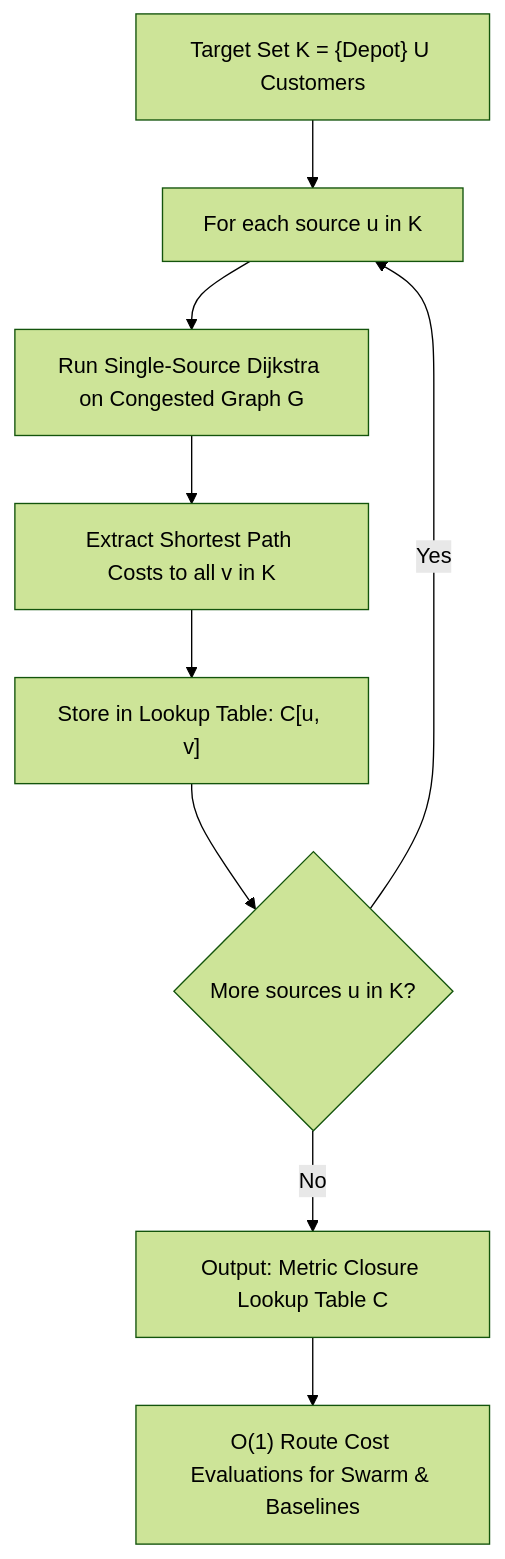
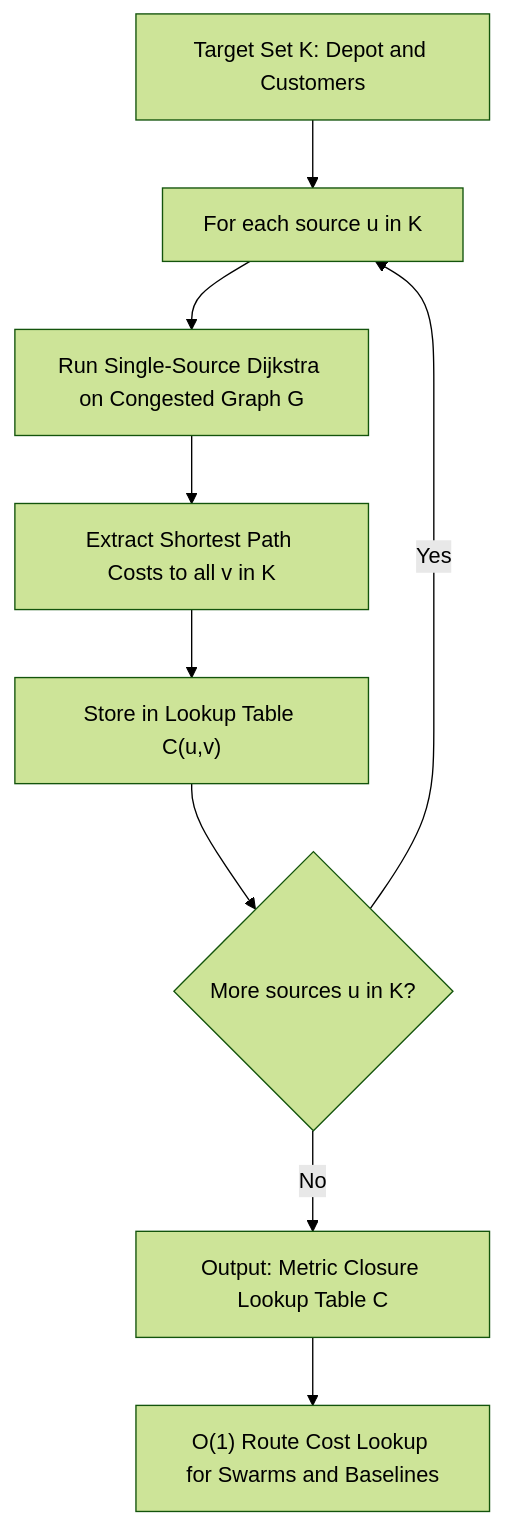
Before and after one commit to Santhosh-p653/egreen-quanta: the diagram in docs/algorithms/03_dijkstra.md, drawn with Mermaid (forest theme). The commit also changed 48 other files, not shown here.

````diff
--- a/docs/algorithms/03_dijkstra.md
+++ b/docs/algorithms/03_dijkstra.md
@@ -44,11 +44,11 @@
 ```mermaid
 flowchart TD
-    A["Target Set K = {Depot} U Customers"] --> B["For each source u in K"]
+    A["Target Set K: Depot and Customers"] --> B["For each source u in K"]
     B --> C["Run Single-Source Dijkstra on Congested Graph G"]
     C --> D["Extract Shortest Path Costs to all v in K"]
-    D --> E["Store in Lookup Table: C[u, v]"]
+    D --> E["Store in Lookup Table C(u,v)"]
     E --> F{"More sources u in K?"}
     F -- Yes --> B
     F -- No --> G["Output: Metric Closure Lookup Table C"]
-    G --> H["O(1) Route Cost Evaluations for Swarm & Baselines"]
+    G --> H["O(1) Route Cost Lookup for Swarms and Baselines"]
 ```
````
